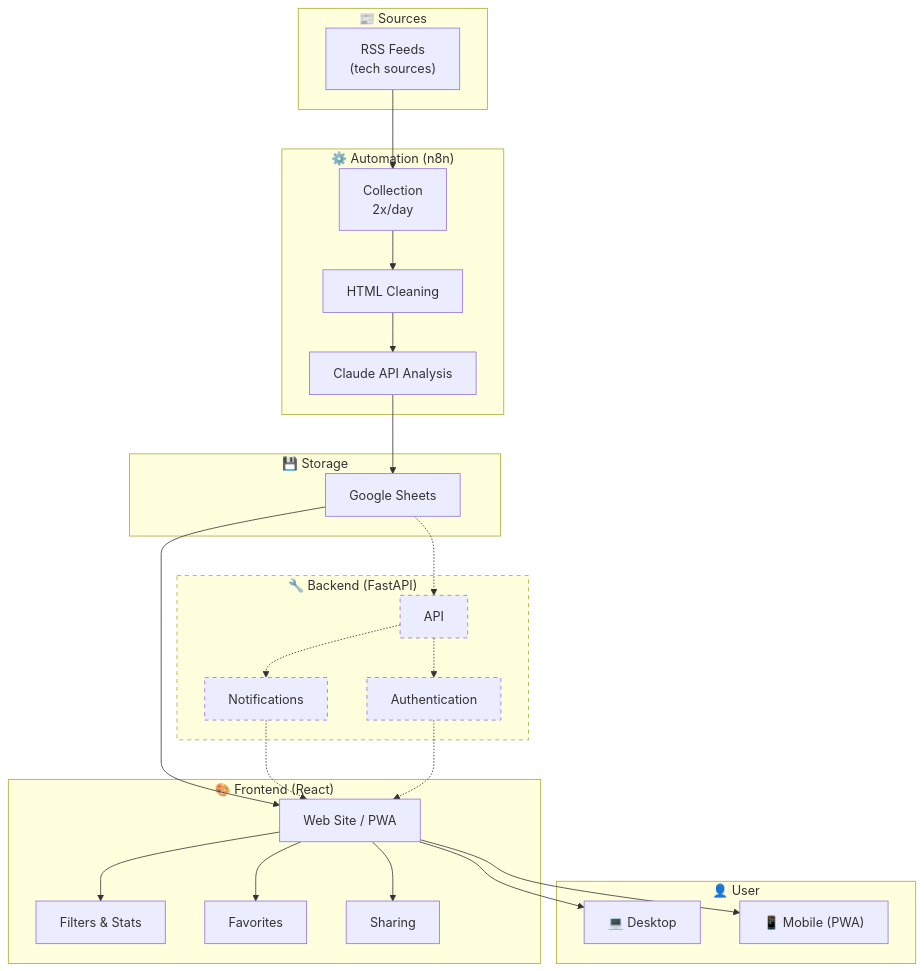
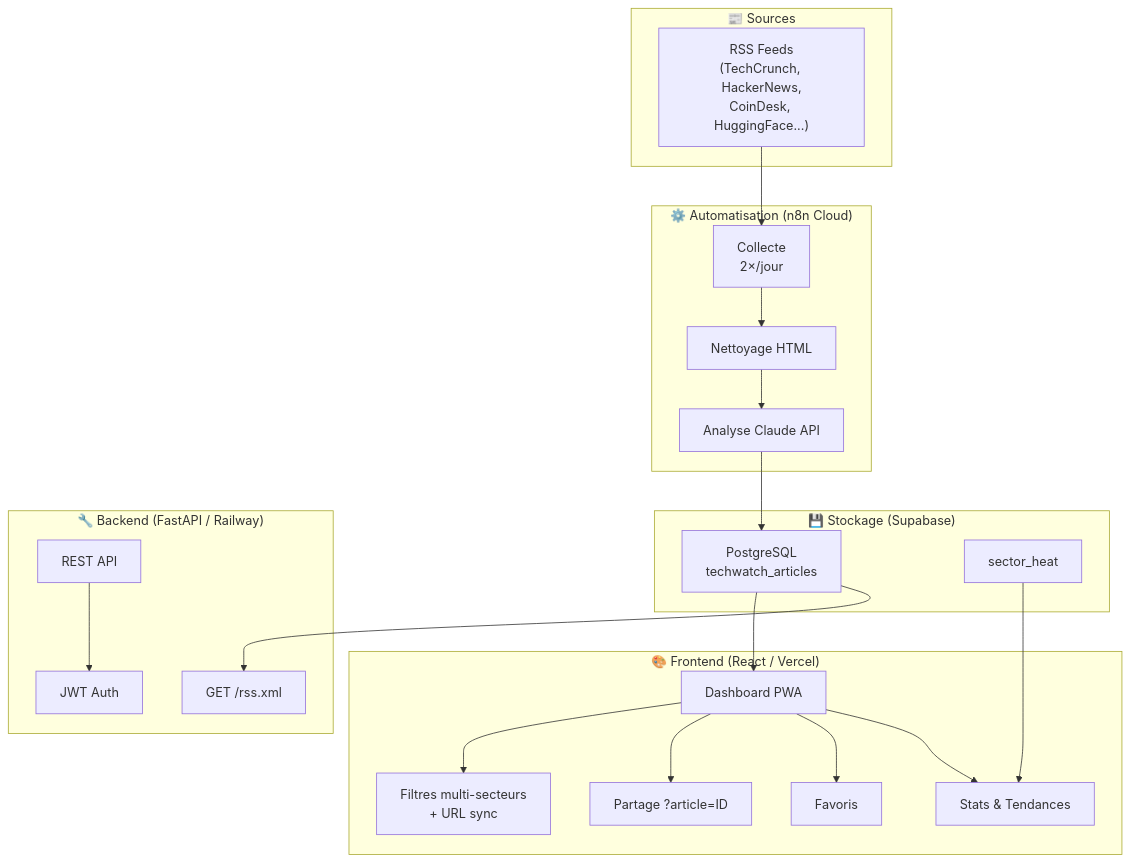
The diagram in README.md (ThunderHawk31/tech-watch-dashboard), drawn with Mermaid before and after one commit. The commit also changed other lines of this file and 14 other files, not shown here.

Commit message:
refactor: split App.js (1487 lignes) en composants et pages and docs: mise à jour README — Supabase remplace Google Sheets/MongoDB, architecture actuelle

````diff
--- a/README.md
+++ b/README.md
@@ -74,55 +65,44 @@
 ```mermaid
 flowchart TB
     subgraph Sources["📰 Sources"]
-        RSS["RSS Feeds\n(tech sources)"]
+        RSS["RSS Feeds\n(TechCrunch, HackerNews,\nCoinDesk, HuggingFace...)"]
     end
 
-    subgraph Automation["⚙️ Automation (n8n)"]
-        Collect["Collection\n2x/day"]
-        Clean["HTML Cleaning"]
-        Analyze["Claude API Analysis"]
+    subgraph Automation["⚙️ Automatisation (n8n Cloud)"]
+        Collect["Collecte\n2×/jour"]
+        Clean["Nettoyage HTML"]
+        Analyze["Analyse Claude API"]
     end
 
-    subgraph Storage["💾 Storage"]
-        Sheets["Google Sheets"]
+    subgraph Storage["💾 Stockage (Supabase)"]
+        DB["PostgreSQL\ntechwatch_articles"]
+        Heat["sector_heat"]
     end
 
-    subgraph Backend["🔧 Backend (FastAPI)"]
-        API["API"]
-        Notif["Notifications"]
-        Auth["Authentication"]
+    subgraph Backend["🔧 Backend (FastAPI / Railway)"]
+        API["REST API"]
+        RSS_Feed["GET /rss.xml"]
+        Auth["JWT Auth"]
     end
 
-    subgraph Frontend["🎨 Frontend (React)"]
-        Site["Web Site / PWA"]
-        Filters["Filters & Stats"]
-        Favorites["Favorites"]
-        Share["Sharing"]
-    end
-
-    subgraph User["👤 User"]
-        Desktop["💻 Desktop"]
-        Mobile["📱 Mobile (PWA)"]
+    subgraph Frontend["🎨 Frontend (React / Vercel)"]
+        Site["Dashboard PWA"]
+        Filters["Filtres multi-secteurs\n+ URL sync"]
+        Share["Partage ?article=ID"]
+        Favorites["Favoris"]
+        Stats["Stats & Tendances"]
     end
 
     RSS --> Collect
     Collect --> Clean
     Clean --> Analyze
-    Analyze --> Sheets
-    Sheets --> Site
+    Analyze --> DB
+    DB --> Site
+    DB --> RSS_Feed
+    Heat --> Stats
     Site --> Filters
+    Site --> Share
     Site --> Favorites
-    Site --> Share
-    Sheets -.-> API
-    API -.-> Notif
-    API -.-> Auth
-    Notif -.-> Site
-    Auth -.-> Site
-    Site --> Desktop
-    Site --> Mobile
-
-    style Backend stroke-dasharray: 5 5
-    style API stroke-dasharray: 5 5
-    style Notif stroke-dasharray: 5 5
-    style Auth stroke-dasharray: 5 5
+    Site --> Stats
+    API --> Auth
 ```
````
